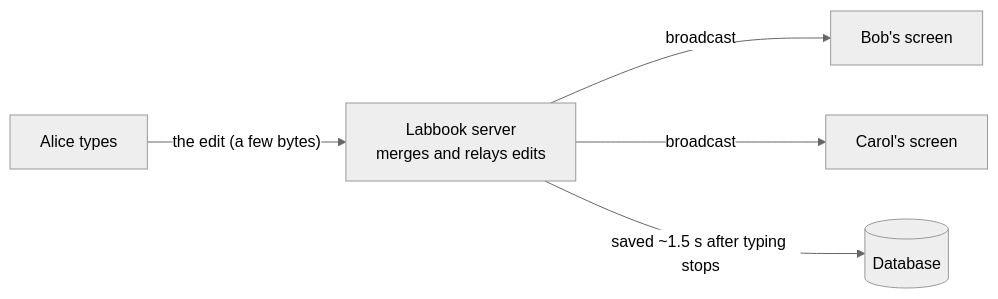
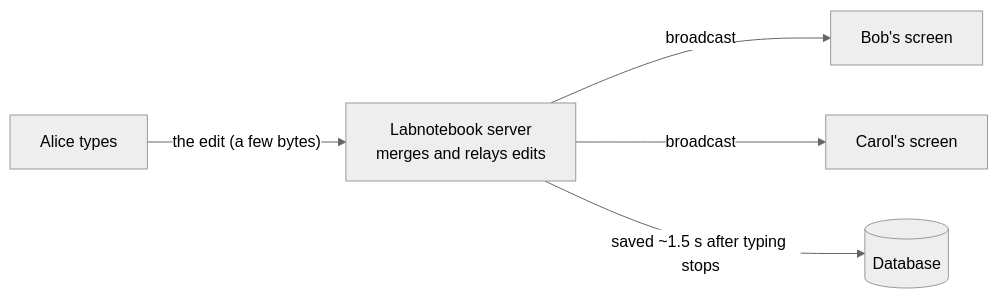
The first of 2 diagrams in README.md (sourasb05/labnotebook), drawn with Mermaid (neutral theme) before and after one commit. The commit also changed other lines of this file and 19 other files, not shown here.

First line of the commit message:
Rename the app from Labbook to Labnotebook (#9)

````diff
--- a/README.md
+++ b/README.md
@@ -82,7 +82,7 @@
 ```mermaid
 flowchart LR
-  A["Alice types"] -- "the edit (a few bytes)" --> S["Labbook server<br/>merges and relays edits"]
+  A["Alice types"] -- "the edit (a few bytes)" --> S["Labnotebook server<br/>merges and relays edits"]
   S -- broadcast --> B["Bob's screen"]
   S -- broadcast --> C["Carol's screen"]
   S -- "saved ~1.5 s after typing stops" --> D[("Database")]
 ```
````
